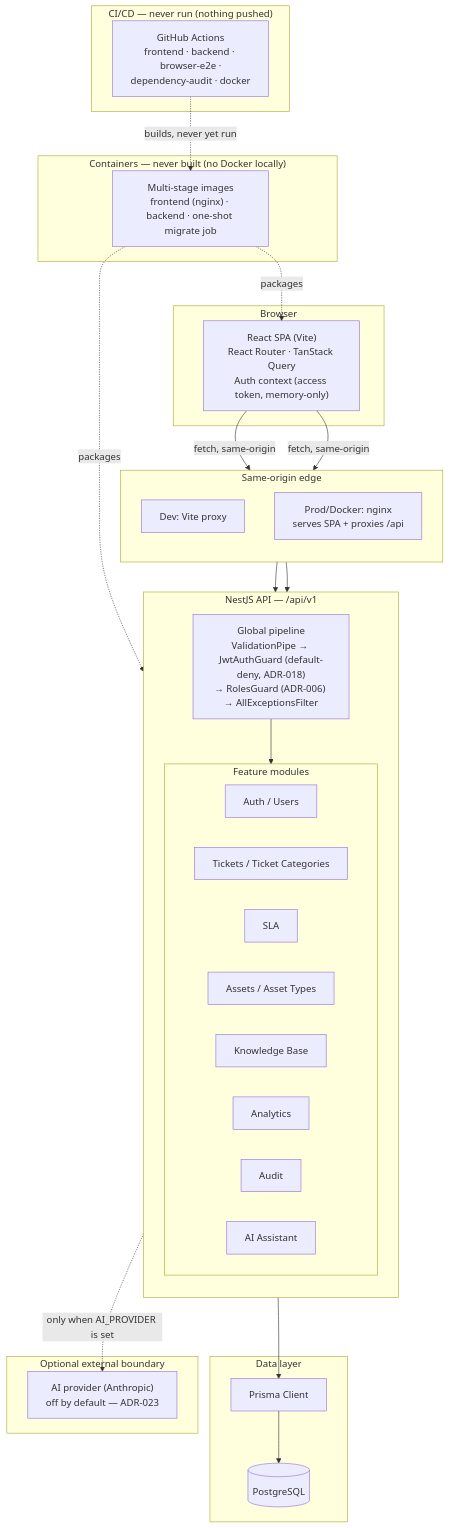
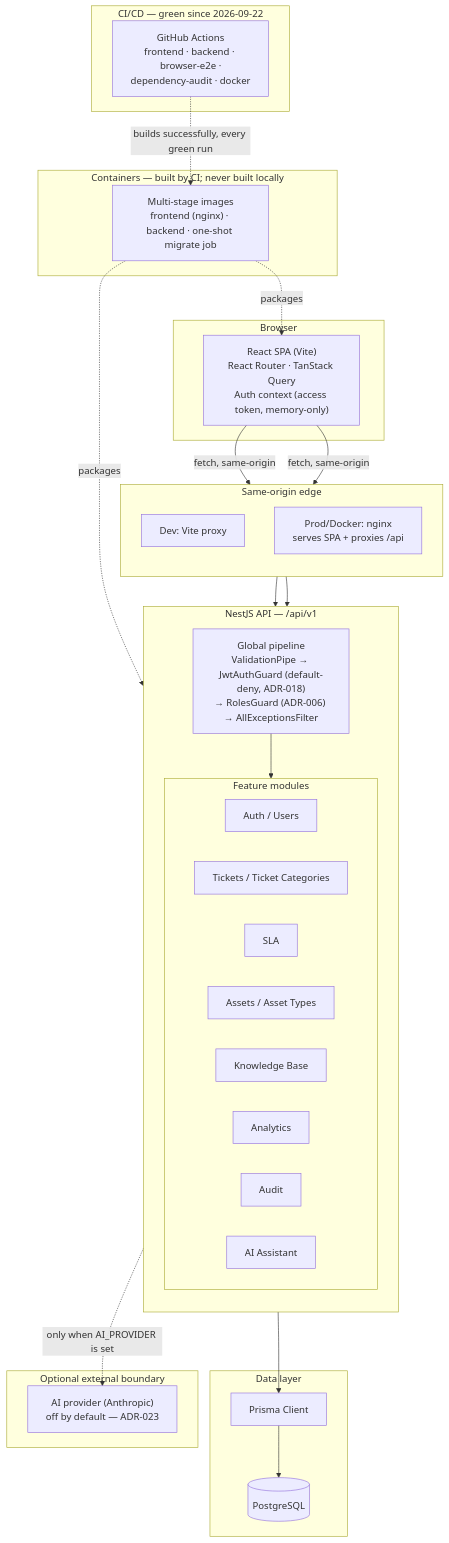
Before and after one commit to prottoyb/OpsNow: the first of 2 diagrams in docs/architecture/system-architecture.md, drawn with Mermaid. The commit also changed other lines of this file and 8 other files, not shown here.

First line of the commit message:
docs: correct stale "CI has never run" / "images never built" claims

````diff
--- a/docs/architecture/system-architecture.md
+++ b/docs/architecture/system-architecture.md
@@ -8,57 +8,57 @@
 ```mermaid
 flowchart TB
     subgraph client["Browser"]
         SPA["React SPA (Vite)<br/>React Router · TanStack Query<br/>Auth context (access token, memory-only)"]
     end
 
     subgraph edge["Same-origin edge"]
         direction TB
         DEVPROXY["Dev: Vite proxy"]
         NGINX["Prod/Docker: nginx<br/>serves SPA + proxies /api"]
     end
 
     subgraph api["NestJS API — /api/v1"]
         direction TB
         GUARDS["Global pipeline<br/>ValidationPipe → JwtAuthGuard (default-deny, ADR-018)<br/>→ RolesGuard (ADR-006) → AllExceptionsFilter"]
         subgraph modules["Feature modules"]
             direction LR
             AUTH["Auth / Users"]
             TIX["Tickets / Ticket Categories"]
             SLA["SLA"]
             ASSET["Assets / Asset Types"]
             KB["Knowledge Base"]
             ANALYTICS["Analytics"]
             AUDIT["Audit"]
             AI["AI Assistant"]
         end
         GUARDS --> modules
     end
 
     subgraph data["Data layer"]
         PRISMA["Prisma Client"]
         PG[("PostgreSQL")]
     end
 
     subgraph external["Optional external boundary"]
         PROVIDER["AI provider (Anthropic)<br/>off by default — ADR-023"]
     end
 
-    subgraph pipeline["CI/CD — never run (nothing pushed)"]
+    subgraph pipeline["CI/CD — green since 2026-09-22"]
         CI["GitHub Actions<br/>frontend · backend · browser-e2e ·<br/>dependency-audit · docker"]
     end
 
-    subgraph containers["Containers — never built (no Docker locally)"]
+    subgraph containers["Containers — built by CI; never built locally"]
         IMG["Multi-stage images<br/>frontend (nginx) · backend · one-shot migrate job"]
     end
 
     SPA -->|"fetch, same-origin"| DEVPROXY
     SPA -->|"fetch, same-origin"| NGINX
     DEVPROXY --> GUARDS
     NGINX --> GUARDS
     modules --> PRISMA --> PG
     AI -.->|"only when AI_PROVIDER is set"| PROVIDER
 
-    CI -.->|"builds, never yet run"| IMG
+    CI -.->|"builds successfully, every green run"| IMG
     IMG -.->|"packages"| api
     IMG -.->|"packages"| SPA
 ```
````
